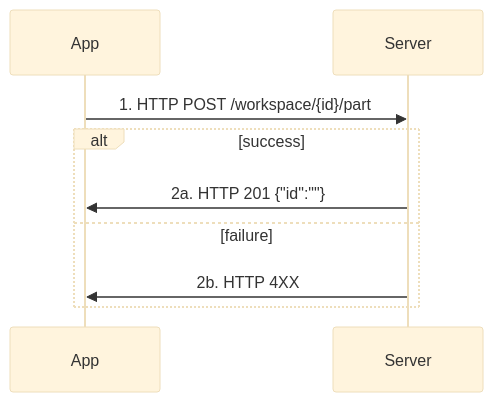
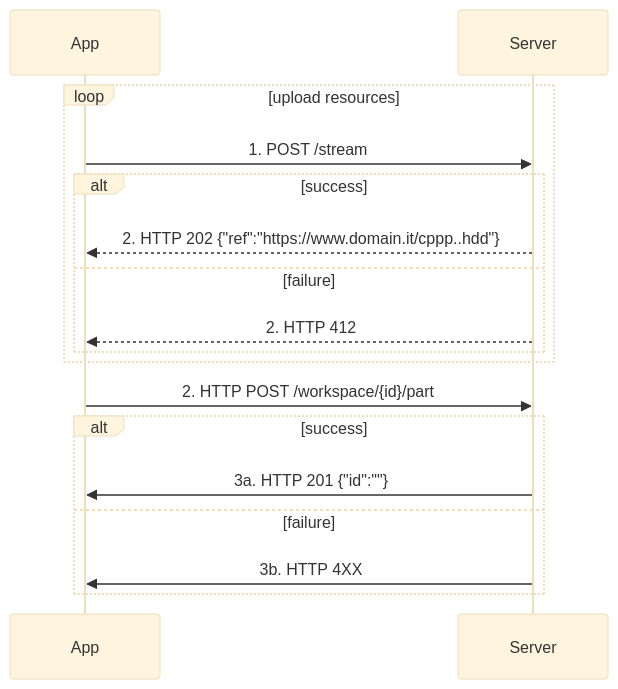
Before and after one commit to BitPrepared/d1b0: the diagram in api/documentation/creatingPart.mmd, drawn with Mermaid (base theme).

Commit message:
add parts and resources managment

```diff
--- a/api/documentation/creatingPart.mmd
+++ b/api/documentation/creatingPart.mmd
@@ -1,10 +1,18 @@
 %% Diagramma di sequenza
 sequenceDiagram
     participant App
     participant Server
-    App->>Server: 1. HTTP POST /workspace/{id}/part
+    loop upload resources
+        App->>Server: 1. POST /stream
+        alt success
+            Server-->>App: 2. HTTP 202 {"ref":"https://www.domain.it/cppp..hdd"}
+        else failure
+            Server-->>App: 2. HTTP 412
+        end
+    end
+    App->>Server: 2. HTTP POST /workspace/{id}/part
     alt success
-        Server->>App: 2a. HTTP 201 {"id":""}
+        Server->>App: 3a. HTTP 201 {"id":""}
     else failure
-        Server->>App: 2b. HTTP 4XX
+        Server->>App: 3b. HTTP 4XX
     end
```
